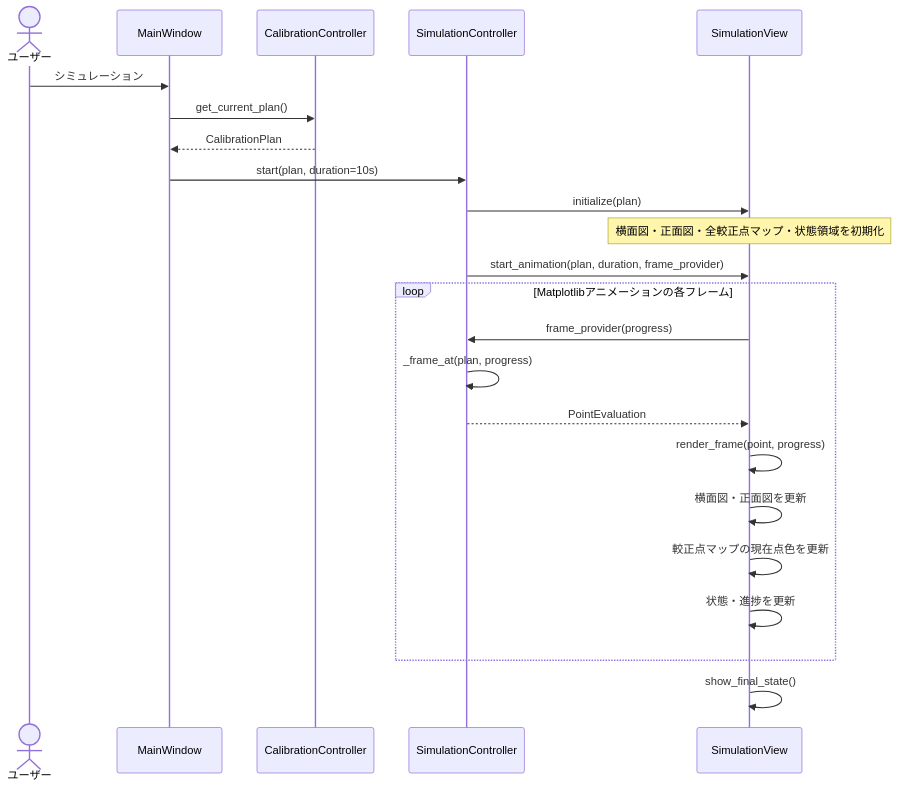
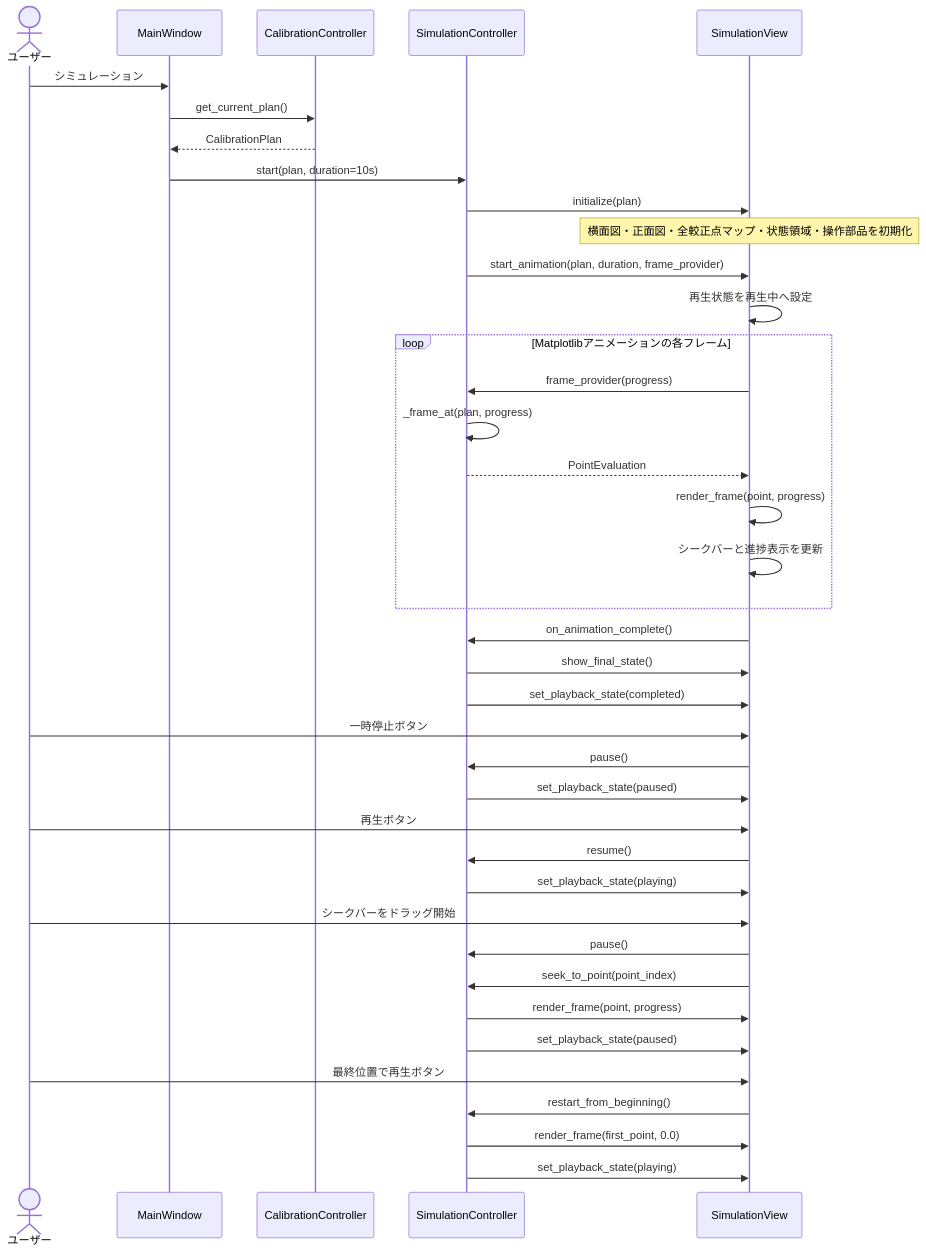
Before and after one commit to Pakfat50/FiveHolePitotTubeCalibration: the sixth of 12 diagrams in docs/architecture_design.md, drawn with Mermaid. The commit also changed other lines of this file, not shown here.

Commit message:
docs: update simulation playback architecture

````diff
--- a/docs/architecture_design.md
+++ b/docs/architecture_design.md
@@ -178,25 +178,46 @@
 ```mermaid
 sequenceDiagram
     actor User as ユーザー
     participant MainWindow
     participant Controller as CalibrationController
     participant SimController as SimulationController
     participant SimView as SimulationView
+
     User->>MainWindow: シミュレーション
     MainWindow->>Controller: get_current_plan()
     Controller-->>MainWindow: CalibrationPlan
     MainWindow->>SimController: start(plan, duration=10s)
     SimController->>SimView: initialize(plan)
-    Note over SimView: 横面図・正面図・全較正点マップ・状態領域を初期化
+    Note over SimView: 横面図・正面図・全較正点マップ・状態領域・操作部品を初期化
     SimController->>SimView: start_animation(plan, duration, frame_provider)
+    SimView->>SimView: 再生状態を再生中へ設定
     loop Matplotlibアニメーションの各フレーム
         SimView->>SimController: frame_provider(progress)
         SimController->>SimController: _frame_at(plan, progress)
         SimController-->>SimView: PointEvaluation
         SimView->>SimView: render_frame(point, progress)
-        SimView->>SimView: 横面図・正面図を更新
-        SimView->>SimView: 較正点マップの現在点色を更新
-        SimView->>SimView: 状態・進捗を更新
+        SimView->>SimView: シークバーと進捗表示を更新
     end
-    SimView->>SimView: show_final_state()
+    SimView->>SimController: on_animation_complete()
+    SimController->>SimView: show_final_state()
+    SimController->>SimView: set_playback_state(completed)
+
+    User->>SimView: 一時停止ボタン
+    SimView->>SimController: pause()
+    SimController->>SimView: set_playback_state(paused)
+
+    User->>SimView: 再生ボタン
+    SimView->>SimController: resume()
+    SimController->>SimView: set_playback_state(playing)
+
+    User->>SimView: シークバーをドラッグ開始
+    SimView->>SimController: pause()
+    SimView->>SimController: seek_to_point(point_index)
+    SimController->>SimView: render_frame(point, progress)
+    SimController->>SimView: set_playback_state(paused)
+
+    User->>SimView: 最終位置で再生ボタン
+    SimView->>SimController: restart_from_beginning()
+    SimController->>SimView: render_frame(first_point, 0.0)
+    SimController->>SimView: set_playback_state(playing)
 ```
````
